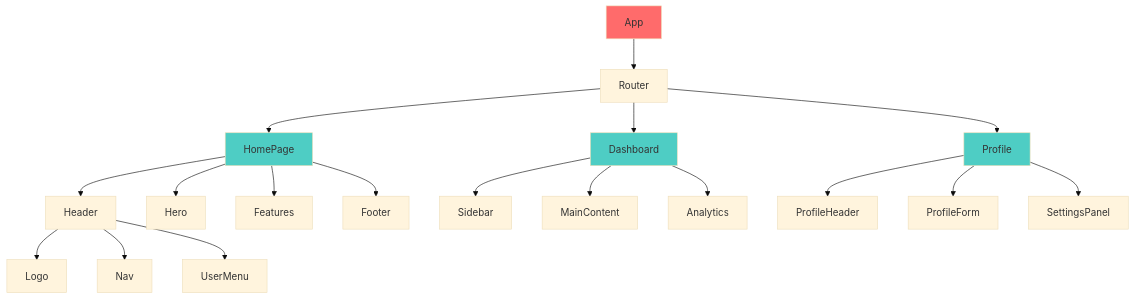
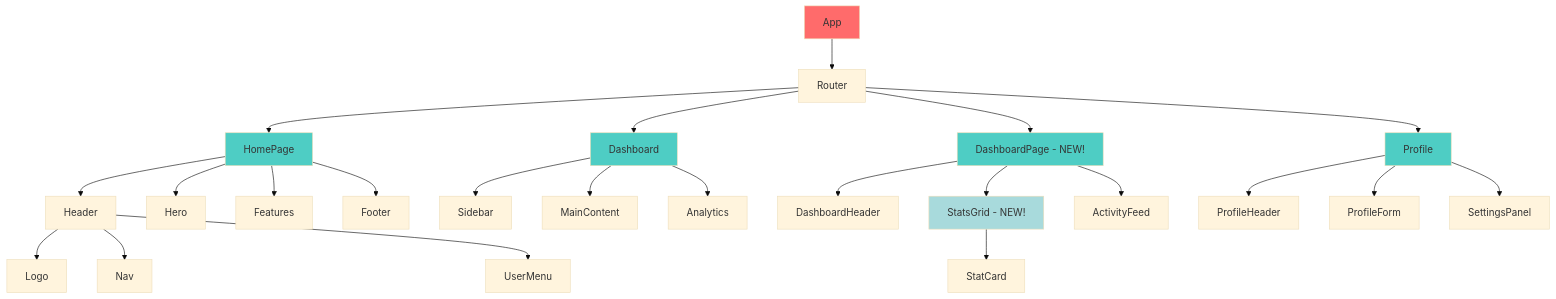
One commit to alforeha/working_code changed the diagram in diagrams/component-hierarchy.md. Above: the diagram before and after it, drawn with Mermaid (base theme). The commit also changed 5 other files, not shown here.

````diff
--- a/diagrams/component-hierarchy.md
+++ b/diagrams/component-hierarchy.md
@@ -3,30 +3,39 @@
 ```mermaid
 graph TD
     App[App]
     App --> Router[Router]
     Router --> HomePage[HomePage]
     Router --> Dashboard[Dashboard]
     Router --> Profile[Profile]
+    Router --> DashboardPage[DashboardPage - NEW!]
     
     HomePage --> Header[Header]
     HomePage --> Hero[Hero]
     HomePage --> Features[Features]
     HomePage --> Footer[Footer]
     
     Header --> Logo[Logo]
     Header --> Nav[Nav]
     Header --> UserMenu[UserMenu]
     
     Dashboard --> Sidebar[Sidebar]
     Dashboard --> MainContent[MainContent]
     Dashboard --> Analytics[Analytics]
     
+    DashboardPage --> DashboardHeader[DashboardHeader]
+    DashboardPage --> StatsGrid[StatsGrid - NEW!]
+    DashboardPage --> ActivityFeed[ActivityFeed]
+    
+    StatsGrid --> StatCard[StatCard]
+    
     Profile --> ProfileHeader[ProfileHeader]
     Profile --> ProfileForm[ProfileForm]
     Profile --> SettingsPanel[SettingsPanel]
     
     style App fill:#ff6b6b
     style HomePage fill:#4ecdc4
     style Dashboard fill:#4ecdc4
     style Profile fill:#4ecdc4
+    style DashboardPage fill:#4ecdc4
+    style StatsGrid fill:#a8dadc
 ```
````
